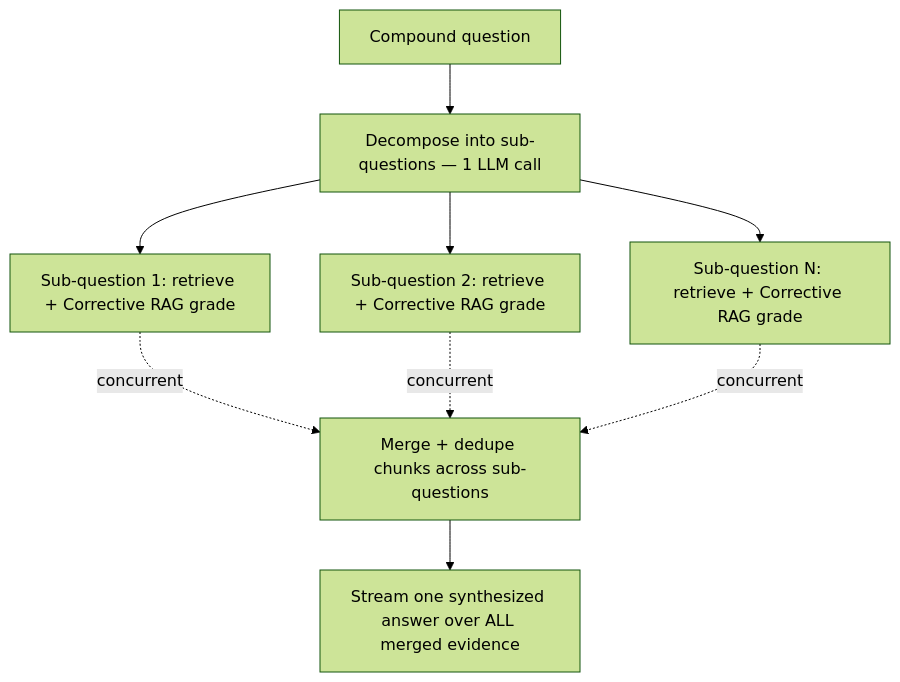
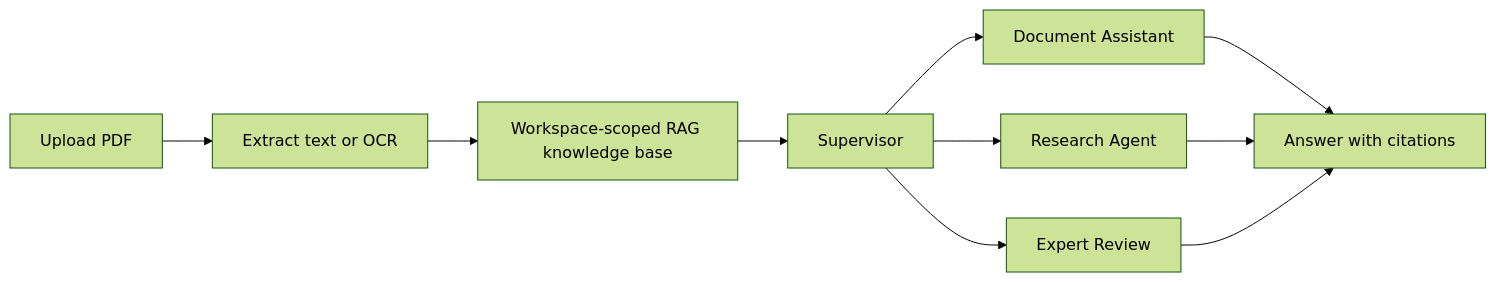
Before and after one commit to Stelios-developer/nomikos-synergaths: the first of 2 diagrams in README.md, drawn with Mermaid (forest theme). The commit also changed other lines of this file and 252 other files, not shown here.

````diff
--- a/README.md
+++ b/README.md
@@ -426,11 +15,12 @@
 ```mermaid
-flowchart TD
-    Q[Compound question] --> D[Decompose into sub-questions — 1 LLM call]
-    D --> S1[Sub-question 1: retrieve + Corrective RAG grade]
-    D --> S2[Sub-question 2: retrieve + Corrective RAG grade]
-    D --> S3[Sub-question N: retrieve + Corrective RAG grade]
-    S1 -.->|concurrent| M[Merge + dedupe chunks across sub-questions]
-    S2 -.->|concurrent| M
-    S3 -.->|concurrent| M
-    M --> A[Stream one synthesized answer over ALL merged evidence]
+flowchart LR
+  A[Upload PDF] --> B[Extract text or OCR]
+  B --> C[Workspace-scoped RAG knowledge base]
+  C --> D[Supervisor]
+  D --> E[Document Assistant]
+  D --> F[Research Agent]
+  D --> G[Expert Review]
+  E --> H[Answer with citations]
+  F --> H
+  G --> H
 ```
````
